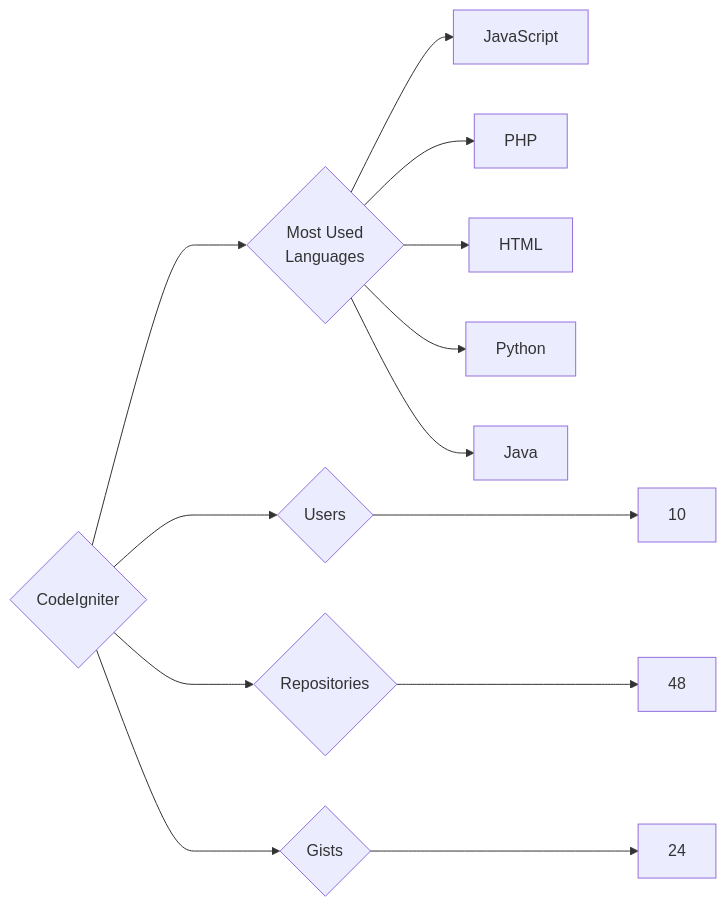
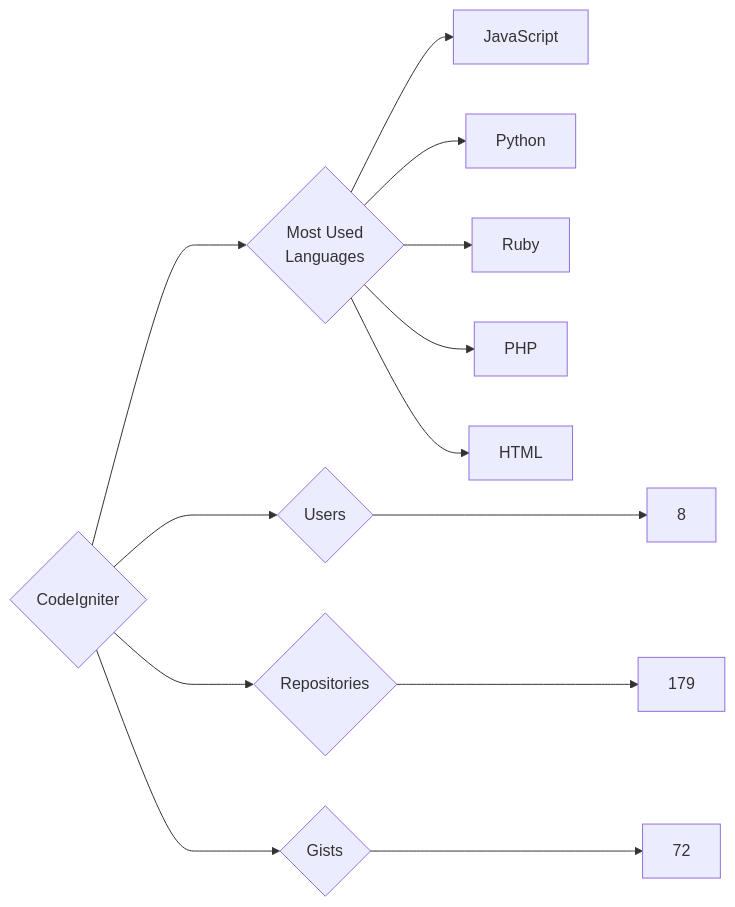
The diagram in targets/CodeIgniter/README.md (trickest/insiders), drawn with Mermaid before and after one commit. The commit also changed 1170 other files, not shown here.

````diff
--- a/targets/CodeIgniter/README.md
+++ b/targets/CodeIgniter/README.md
@@ -3,13 +3,13 @@
 ```mermaid
 graph LR
 COMPANY_NAME{CodeIgniter}
-COMPANY_NAME ---> U{Users} ---> UN[10]
-COMPANY_NAME ---> R{Repositories} ---> RN[48]
-COMPANY_NAME ---> G{Gists} ---> GN[24]
+COMPANY_NAME ---> U{Users} ---> UN[8]
+COMPANY_NAME ---> R{Repositories} ---> RN[179]
+COMPANY_NAME ---> G{Gists} ---> GN[72]
 COMPANY_NAME ---> ML{Most Used<br>Languages}
 ML --> JavaScript[JavaScript]
+ML --> Python[Python]
+ML --> Ruby[Ruby]
 ML --> PHP[PHP]
 ML --> HTML[HTML]
-ML --> Python[Python]
-ML --> Java[Java]
 ```
````
